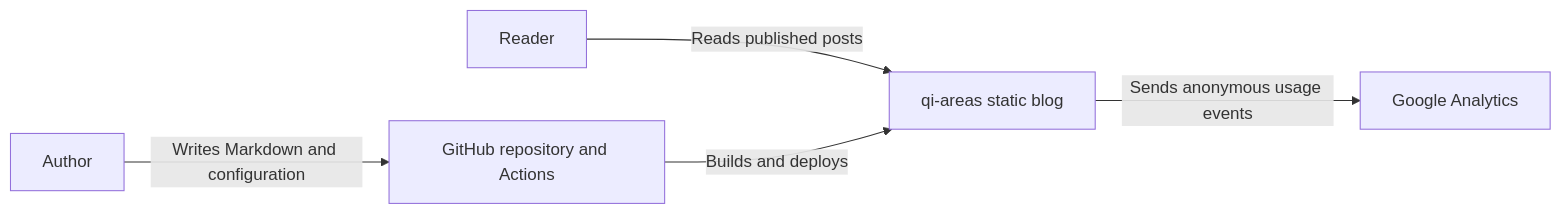
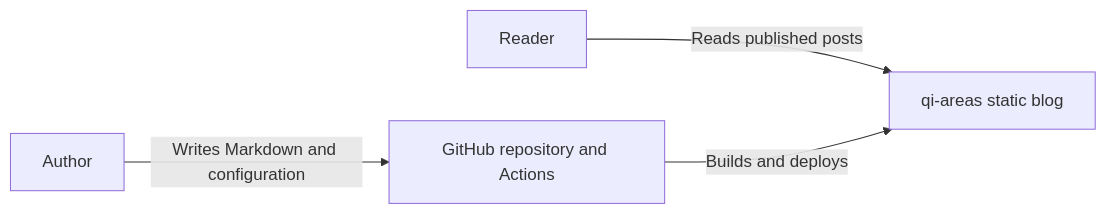
The diagram in docs/architecture/system-context.md (qi7876/qi7876.github.io), drawn with Mermaid before and after one commit. The commit also changed 9 other files, not shown here.

````diff
--- a/docs/architecture/system-context.md
+++ b/docs/architecture/system-context.md
@@ -3,13 +3,11 @@
 ```mermaid
 flowchart LR
   reader[Reader]
   author[Author]
   blog[qi-areas static blog]
   github[GitHub repository and Actions]
-  analytics[Google Analytics]
 
   reader -->|Reads published posts| blog
   author -->|Writes Markdown and configuration| github
   github -->|Builds and deploys| blog
-  blog -->|Sends anonymous usage events| analytics
 ```
````
